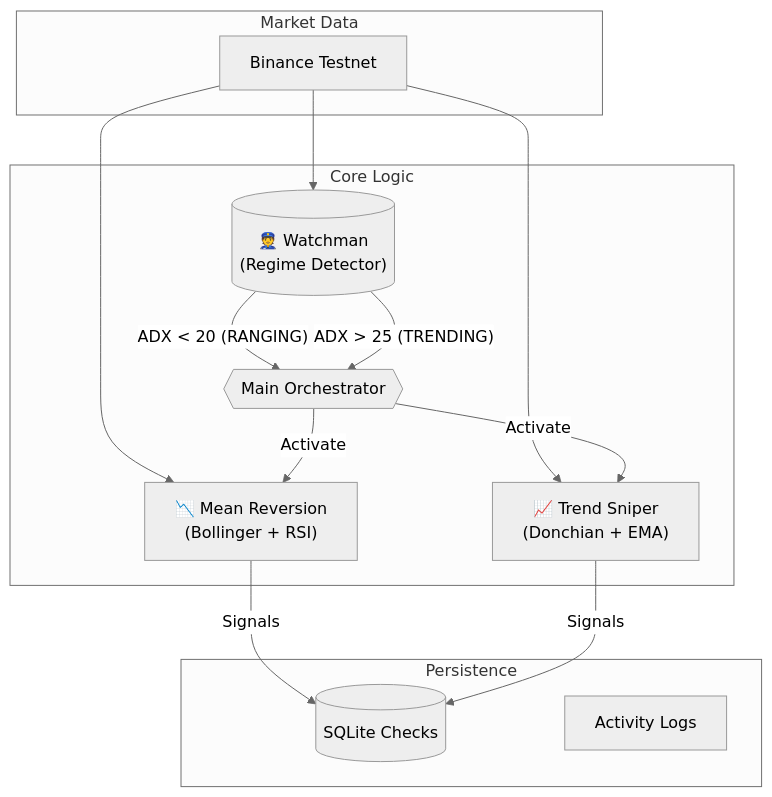
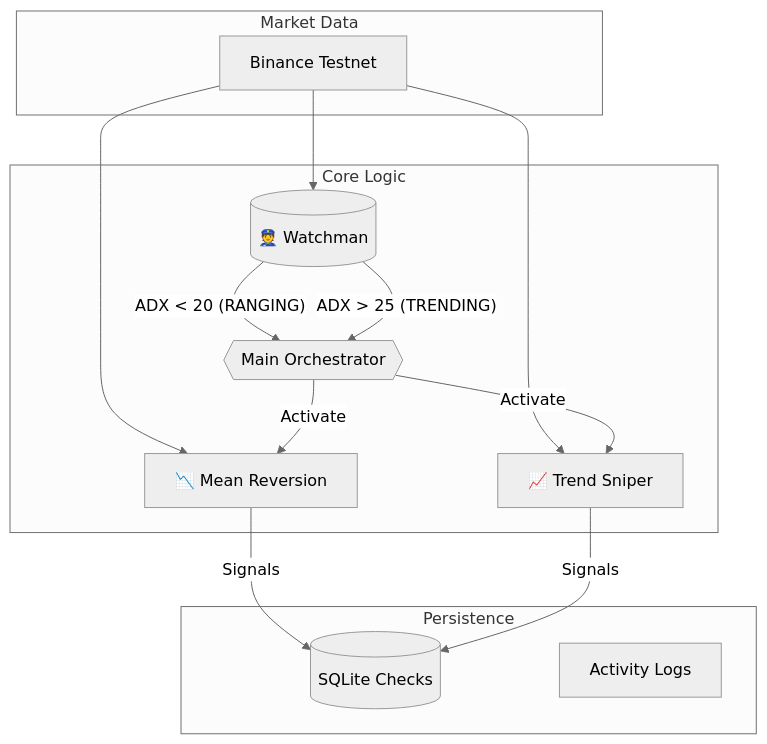
One commit to potgon/typhoon-rebirth changed the diagram in README.md. Above: the diagram before and after it, drawn with Mermaid (neutral theme).

````diff
--- a/README.md
+++ b/README.md
@@ -15,32 +15,32 @@
 ```mermaid
 flowchart TD
     subgraph Market Data
         Exchange[Binance Testnet]
     end
 
     subgraph Core Logic
-        Watchman[("👮 Watchman\n(Regime Detector)")]
+        Watchman[("👮 Watchman")]
         Orchestrator{{"Main Orchestrator"}}
         
-        Strategy1["📉 Mean Reversion\n(Bollinger + RSI)"]
-        Strategy2["📈 Trend Sniper\n(Donchian + EMA)"]
+        Strategy1["📉 Mean Reversion"]
+        Strategy2["📈 Trend Sniper"]
     end
 
     subgraph Persistence
         DB[(SQLite Checks)]
         Logs[Activity Logs]
     end
 
     Exchange --> Watchman
     Exchange --> Strategy1
     Exchange --> Strategy2
     
     Watchman --"ADX < 20 (RANGING)"--> Orchestrator
     Watchman --"ADX > 25 (TRENDING)"--> Orchestrator
     
     Orchestrator -->|Activate| Strategy1
     Orchestrator -->|Activate| Strategy2
     
     Strategy1 -->|Signals| DB
     Strategy2 -->|Signals| DB
 ```
````
